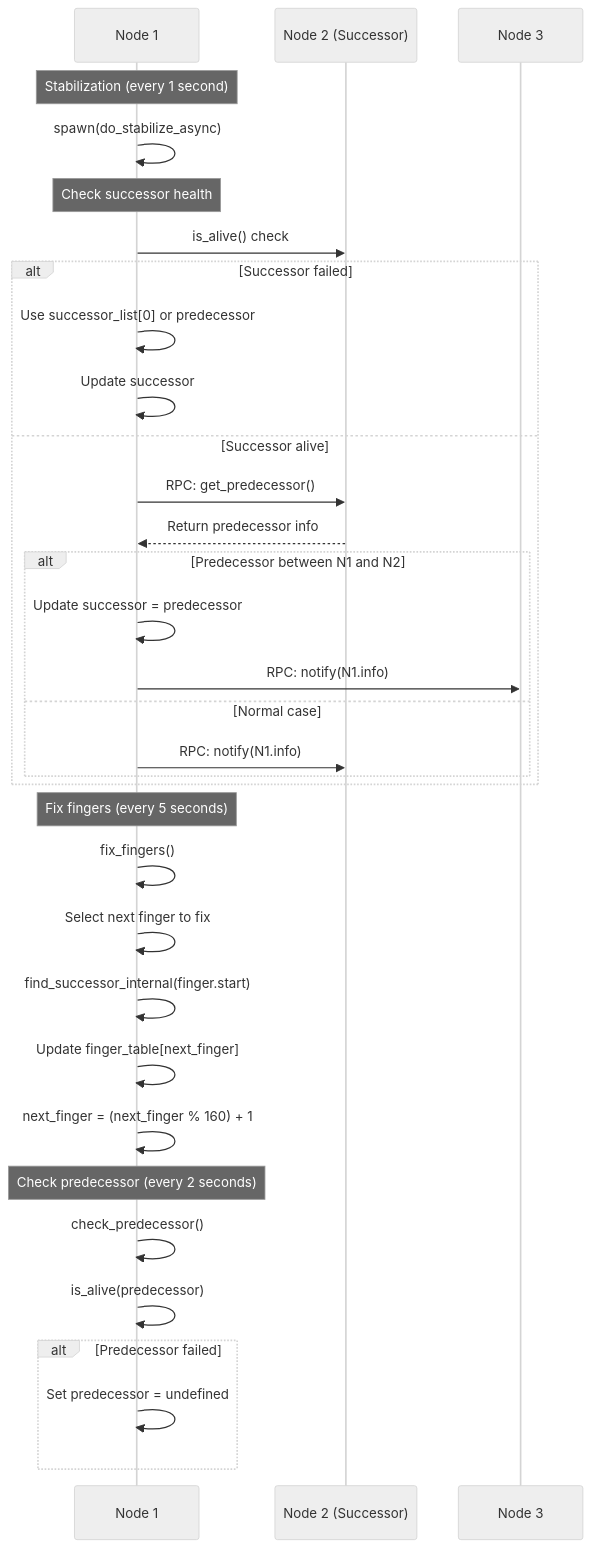
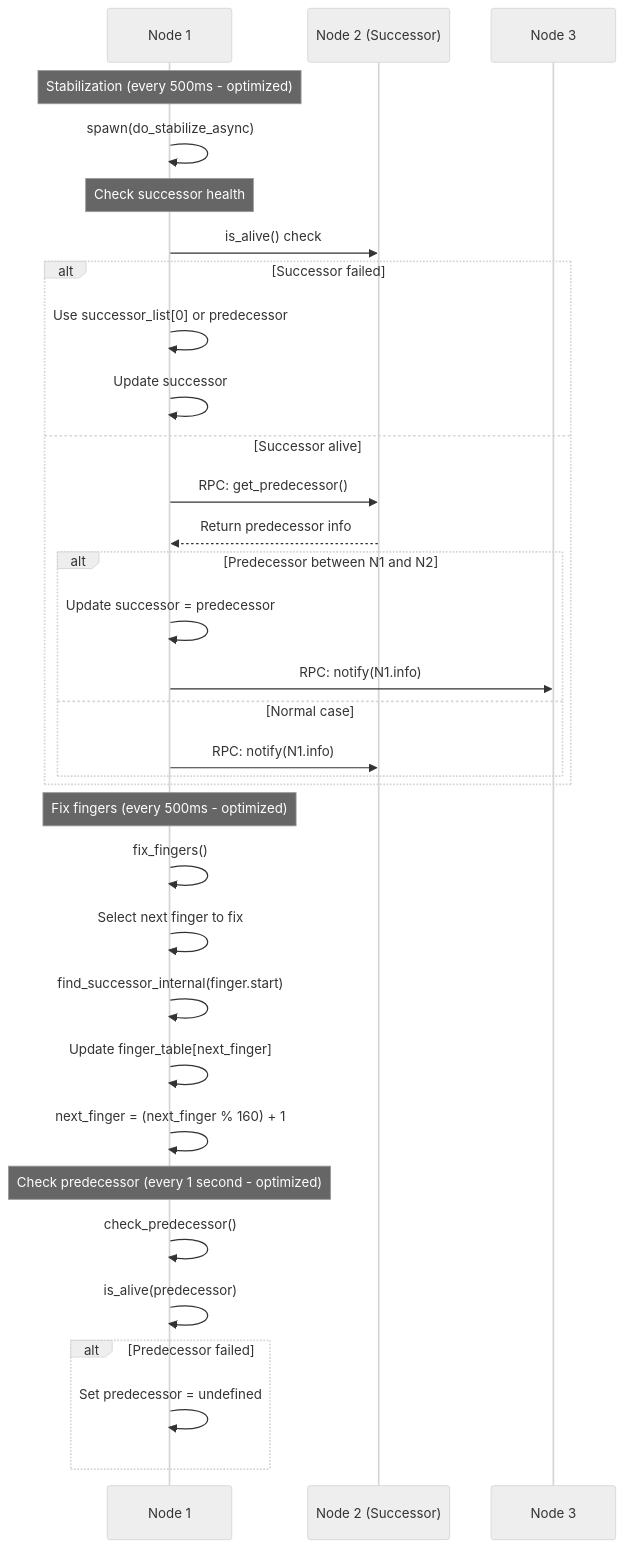
The second of 6 diagrams in DATA_STRUCTURE_AND_COMM_SEQ.md (ryogrid/FunnelKVS-Erlang), drawn with Mermaid (neutral theme) before and after one commit. The commit also changed other lines of this file, not shown here.

````diff
--- a/DATA_STRUCTURE_AND_COMM_SEQ.md
+++ b/DATA_STRUCTURE_AND_COMM_SEQ.md
@@ -134,40 +148,40 @@
 ```mermaid
 sequenceDiagram
     participant N1 as Node 1
     participant N2 as Node 2 (Successor)
     participant N3 as Node 3
     
-    Note over N1: Stabilization (every 1 second)
+    Note over N1: Stabilization (every 500ms - optimized)
     N1->>N1: spawn(do_stabilize_async)
     
     Note over N1: Check successor health
     N1->>N2: is_alive() check
     alt Successor failed
         N1->>N1: Use successor_list[0] or predecessor
         N1->>N1: Update successor
     else Successor alive
         N1->>N2: RPC: get_predecessor()
         N2-->>N1: Return predecessor info
         
         alt Predecessor between N1 and N2
             N1->>N1: Update successor = predecessor
             N1->>N3: RPC: notify(N1.info)
         else Normal case
             N1->>N2: RPC: notify(N1.info)
         end
     end
     
-    Note over N1: Fix fingers (every 5 seconds)
+    Note over N1: Fix fingers (every 500ms - optimized)
     N1->>N1: fix_fingers()
     N1->>N1: Select next finger to fix
     N1->>N1: find_successor_internal(finger.start)
     N1->>N1: Update finger_table[next_finger]
     N1->>N1: next_finger = (next_finger % 160) + 1
     
-    Note over N1: Check predecessor (every 2 seconds)
+    Note over N1: Check predecessor (every 1 second - optimized)
     N1->>N1: check_predecessor()
     N1->>N1: is_alive(predecessor)
     alt Predecessor failed
         N1->>N1: Set predecessor = undefined
     end
 ```
````
